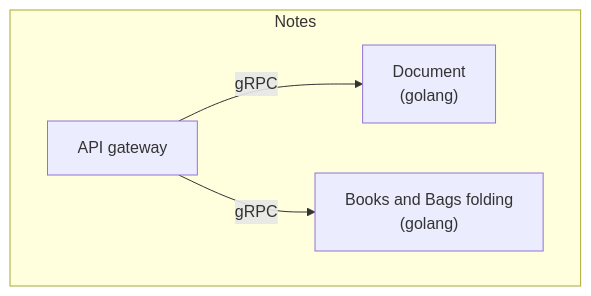
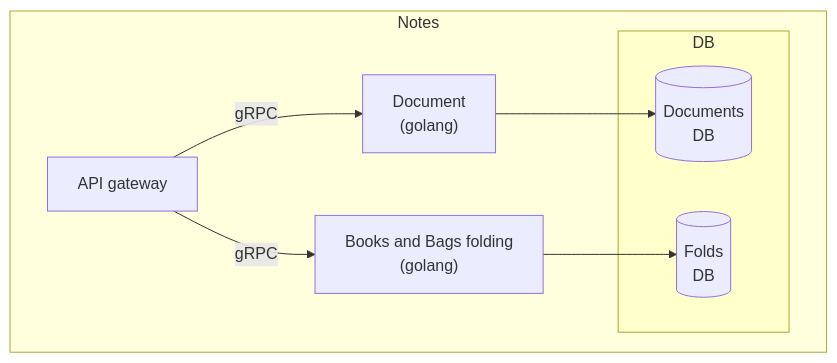
The third of 3 diagrams in README.md (sergereinov/notes-saas), drawn with Mermaid before and after one commit. The commit also changed other lines of this file, not shown here.

````diff
--- a/README.md
+++ b/README.md
@@ -86,11 +99,22 @@
 ```mermaid
 graph TD
+
     API --> |gRPC| Document
     API --> |gRPC| Fold
+    
+    Document --> DocumentDB
+    Fold --> FoldDB
     
     subgraph Notes
         API["API gateway"]
         Document["Document<br/>(golang)"]
         Fold["Books and Bags folding<br/>(golang)"]
+        
+        subgraph DB
+            DocumentDB[("Documents<br/>DB")]
+            FoldDB[("Folds<br/>DB")]
+        end
     end
+    
+    style DB fill:#ffc
 ```
````
